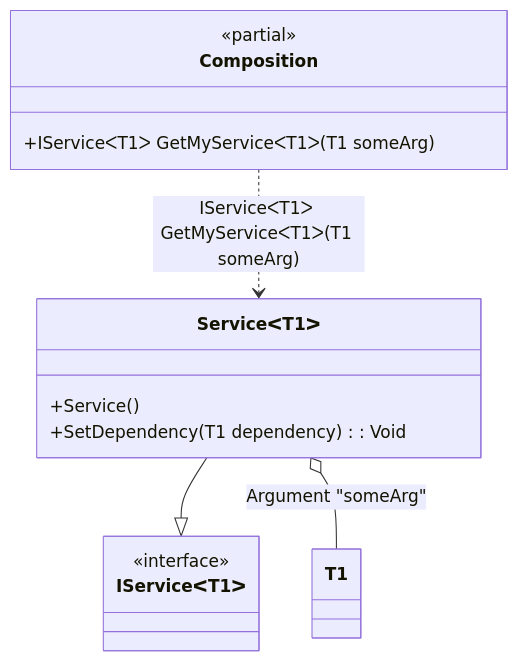
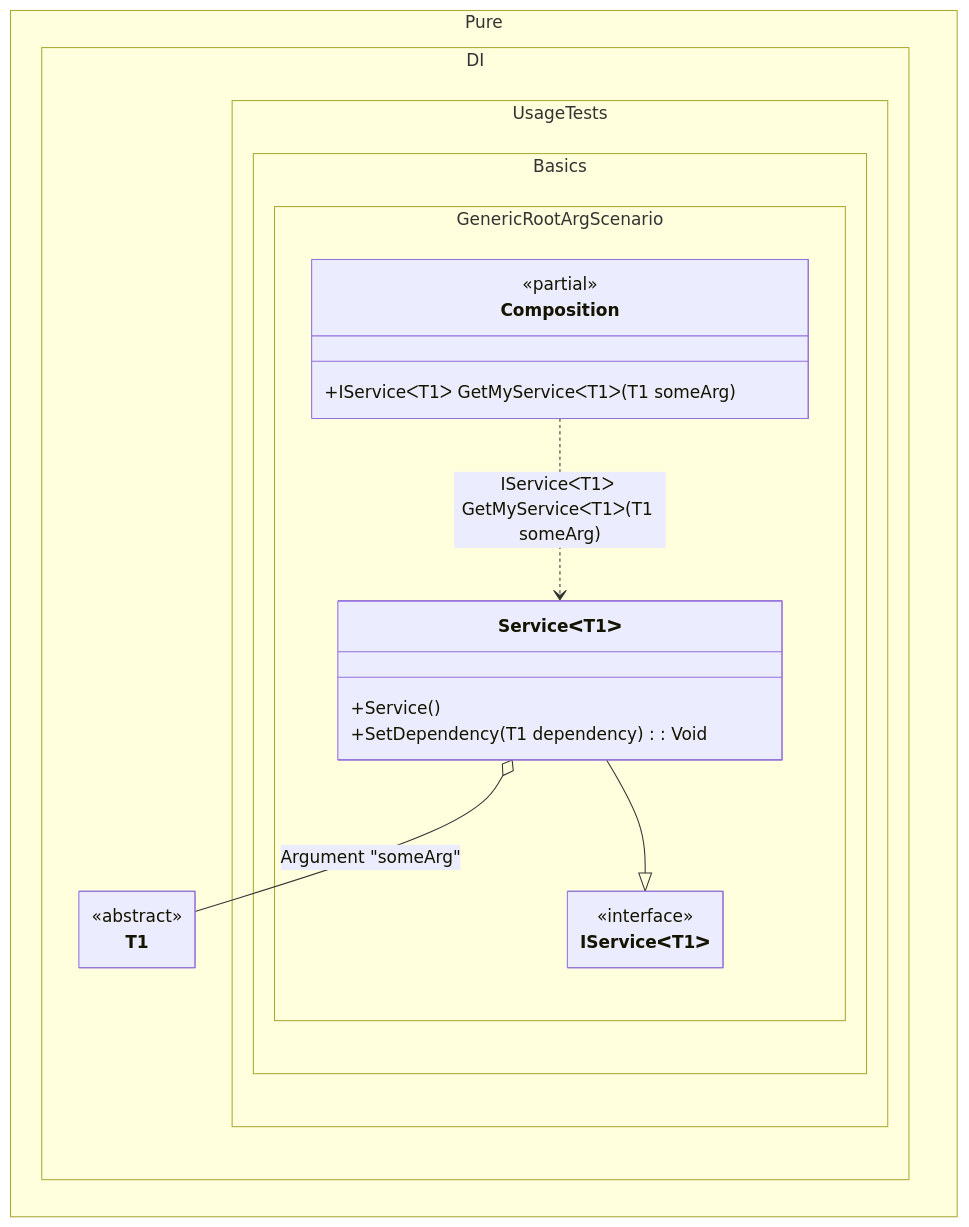
The diagram in readme/generic-root-arguments.md (DevTeam/Pure.DI), drawn with Mermaid before and after one commit. The commit also changed 103 other files, not shown here.

Commit message:
Improved class diagrams

````diff
--- a/readme/generic-root-arguments.md
+++ b/readme/generic-root-arguments.md
@@ -65,17 +65,29 @@
 ```mermaid
+---
+ config:
+  class:
+   hideEmptyMembersBox: true
+---
 classDiagram
-	class Composition {
+	ServiceᐸT1ᐳ --|> IServiceᐸT1ᐳ
+	Composition ..> ServiceᐸT1ᐳ : IServiceᐸT1ᐳ GetMyServiceᐸT1ᐳ(T1 someArg)
+	ServiceᐸT1ᐳ o-- T1 : Argument "someArg"
+	namespace Pure.DI {
+		class T1 {
+			<<abstract>>
+		}
+	}
+	namespace Pure.DI.UsageTests.Basics.GenericRootArgScenario {
+		class Composition {
 		<<partial>>
 		+IServiceᐸT1ᐳ GetMyServiceᐸT1ᐳ(T1 someArg)
+		}
+		class IServiceᐸT1ᐳ {
+			<<interface>>
+		}
+		class ServiceᐸT1ᐳ {
+			+Service()
+			+SetDependency(T1 dependency) : Void
+		}
 	}
-	ServiceᐸT1ᐳ --|> IServiceᐸT1ᐳ
-	class ServiceᐸT1ᐳ {
-		+Service()
-		+SetDependency(T1 dependency) : Void
-	}
-	class IServiceᐸT1ᐳ {
-		<<interface>>
-	}
-	Composition ..> ServiceᐸT1ᐳ : IServiceᐸT1ᐳ GetMyServiceᐸT1ᐳ(T1 someArg)
-	ServiceᐸT1ᐳ o-- T1 : Argument "someArg"
 ```
````
